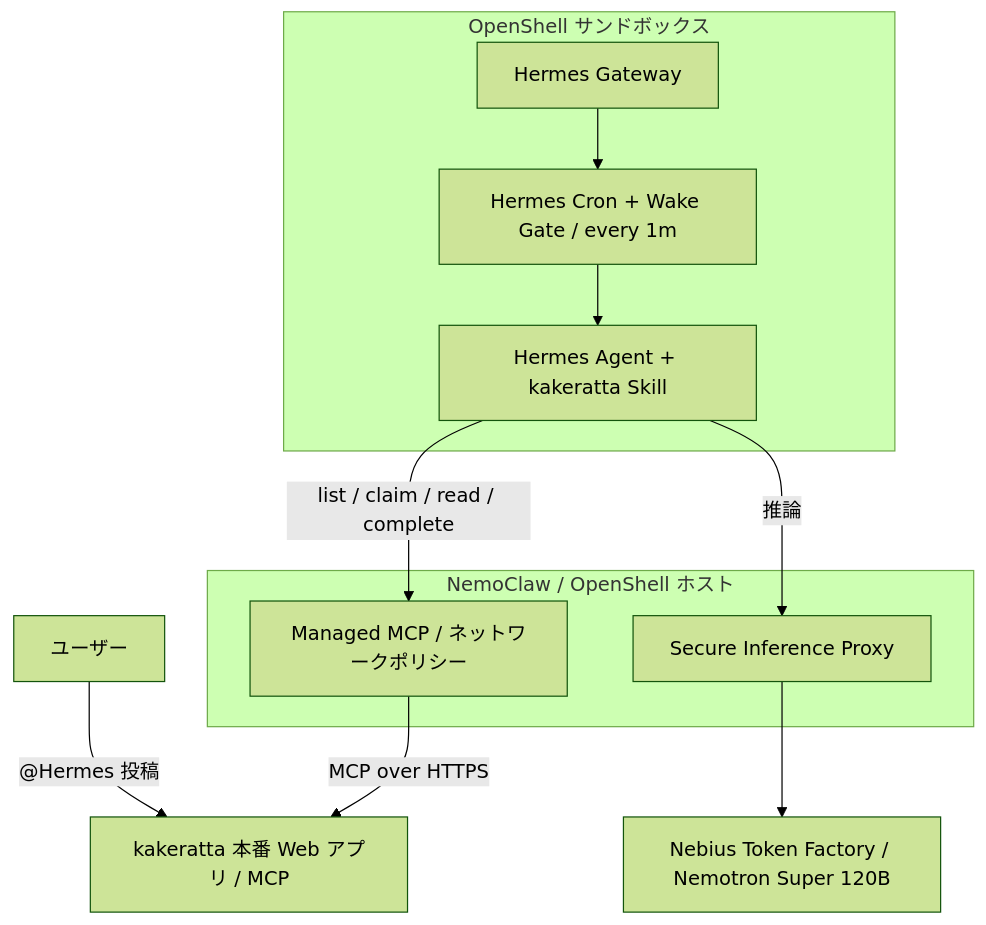
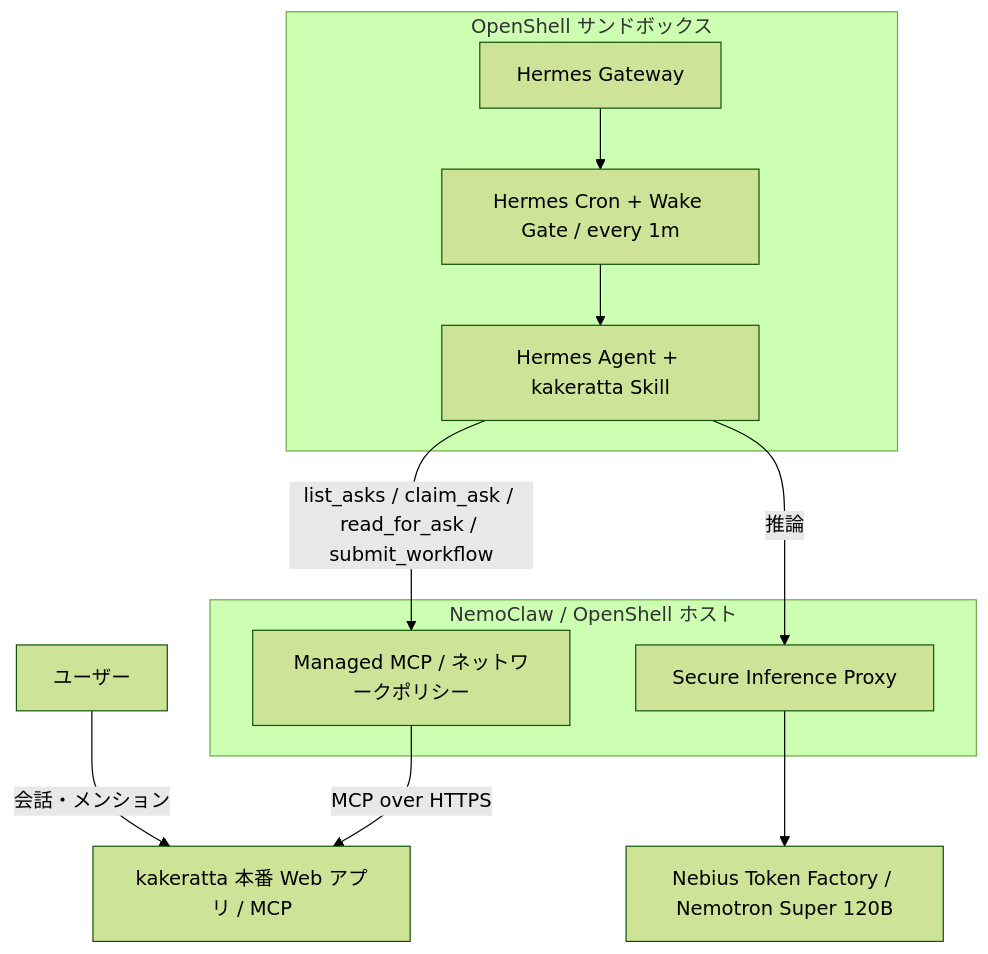
Before and after one commit to takeshy/kakeratta: the diagram in docs/nemoclaw-hermes-integration_ja.md, drawn with Mermaid (forest theme). The commit also changed other lines of this file and 2 other files, not shown here.

First line of the commit message:
docs: modernize NemoClaw/Hermes integration docs and bump skill to v11

````diff
--- a/docs/nemoclaw-hermes-integration_ja.md
+++ b/docs/nemoclaw-hermes-integration_ja.md
@@ -14,16 +11,16 @@
 ```mermaid
 flowchart TD
-    U["ユーザー"] -->|"@Hermes 投稿"| K["kakeratta 本番 Web アプリ / MCP"]
+    U["ユーザー"] -->|"会話・メンション"| K["kakeratta 本番 Web アプリ / MCP"]
     subgraph H["NemoClaw / OpenShell ホスト"]
       M["Managed MCP / ネットワークポリシー"]
       P["Secure Inference Proxy"]
     end
     subgraph S["OpenShell サンドボックス"]
       G["Hermes Gateway"]
       C["Hermes Cron + Wake Gate / every 1m"]
       A["Hermes Agent + kakeratta Skill"]
       G --> C --> A
     end
-    A -->|"list / claim / read / complete"| M -->|"MCP over HTTPS"| K
+    A -->|"list_asks / claim_ask / read_for_ask / submit_workflow"| M -->|"MCP over HTTPS"| K
     A -->|"推論"| P --> N["Nebius Token Factory / Nemotron Super 120B"]
 ```
````
